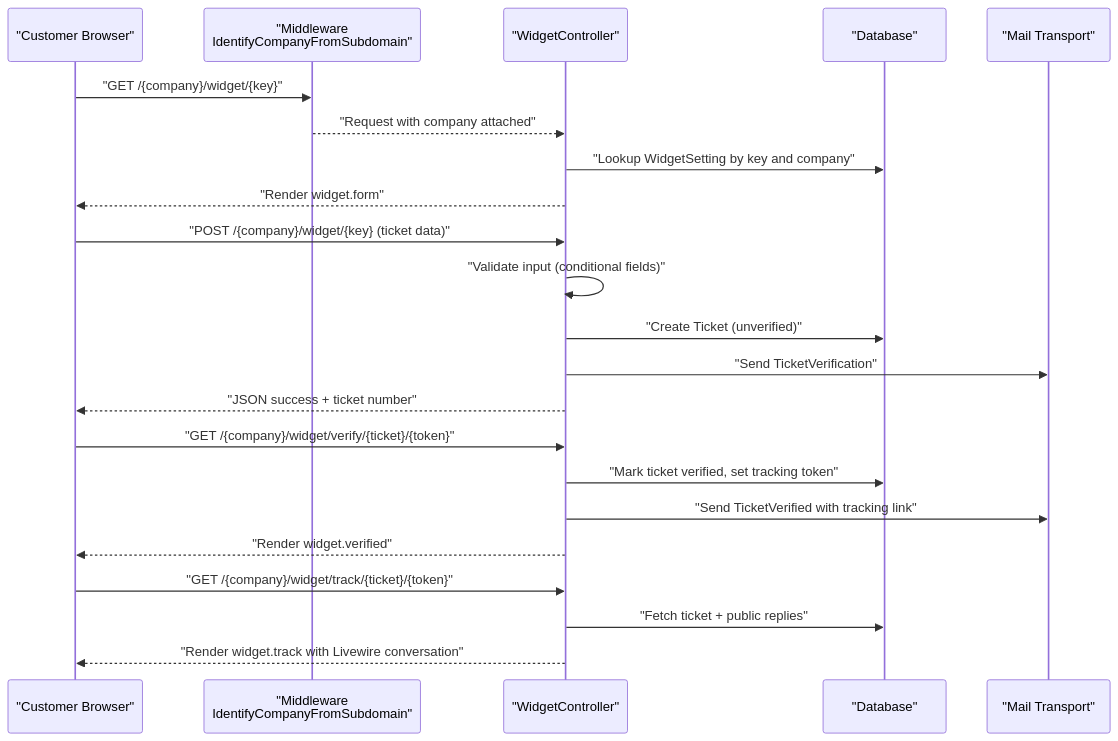
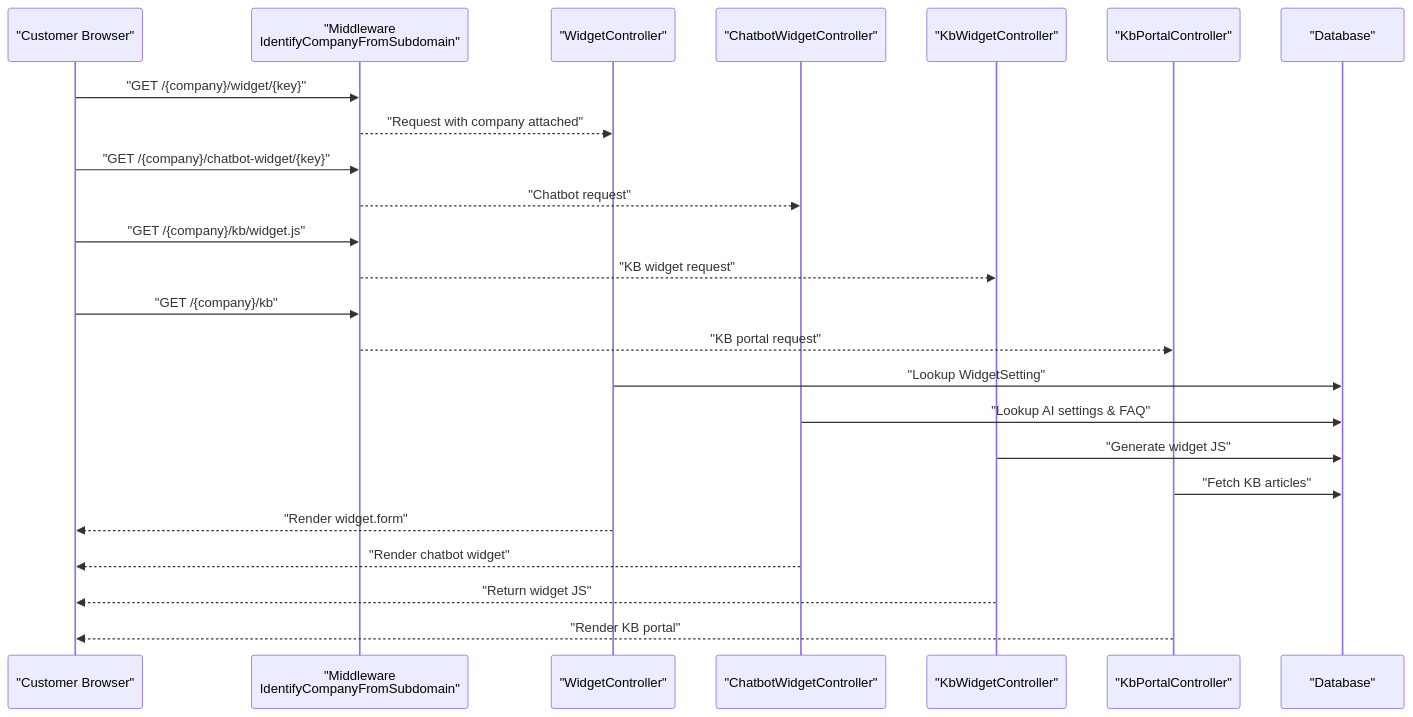
Before and after one commit to younesgamer68/helpdesk-system: the second of 9 diagrams in .qoder/repowiki/en/content/Widget System/Widget System.md, drawn with Mermaid. The commit also changed other lines of this file and 210 other files, not shown here.

````diff
--- a/.qoder/repowiki/en/content/Widget System/Widget System.md
+++ b/.qoder/repowiki/en/content/Widget System/Widget System.md
@@ -102,24 +140,26 @@
 ```mermaid
 sequenceDiagram
 participant C as "Customer Browser"
 participant MW as "Middleware<br/>IdentifyCompanyFromSubdomain"
 participant RC as "WidgetController"
+participant CBC as "ChatbotWidgetController"
+participant KBC as "KbWidgetController"
+participant KC as "KbPortalController"
 participant DB as "Database"
-participant Mail as "Mail Transport"
 C->>MW : "GET /{company}/widget/{key}"
 MW-->>RC : "Request with company attached"
-RC->>DB : "Lookup WidgetSetting by key and company"
+C->>MW : "GET /{company}/chatbot-widget/{key}"
+MW-->>CBC : "Chatbot request"
+C->>MW : "GET /{company}/kb/widget.js"
+MW-->>KBC : "KB widget request"
+C->>MW : "GET /{company}/kb"
+MW-->>KC : "KB portal request"
+RC->>DB : "Lookup WidgetSetting"
+CBC->>DB : "Lookup AI settings & FAQ"
+KBC->>DB : "Generate widget JS"
+KC->>DB : "Fetch KB articles"
 RC-->>C : "Render widget.form"
-C->>RC : "POST /{company}/widget/{key} (ticket data)"
-RC->>RC : "Validate input (conditional fields)"
-RC->>DB : "Create Ticket (unverified)"
-RC->>Mail : "Send TicketVerification"
-RC-->>C : "JSON success + ticket number"
-C->>RC : "GET /{company}/widget/verify/{ticket}/{token}"
-RC->>DB : "Mark ticket verified, set tracking token"
-RC->>Mail : "Send TicketVerified with tracking link"
-RC-->>C : "Render widget.verified"
-C->>RC : "GET /{company}/widget/track/{ticket}/{token}"
-RC->>DB : "Fetch ticket + public replies"
-RC-->>C : "Render widget.track with Livewire conversation"
+CBC-->>C : "Render chatbot widget"
+KBC-->>C : "Return widget JS"
+KC-->>C : "Render KB portal"
 ```
````
